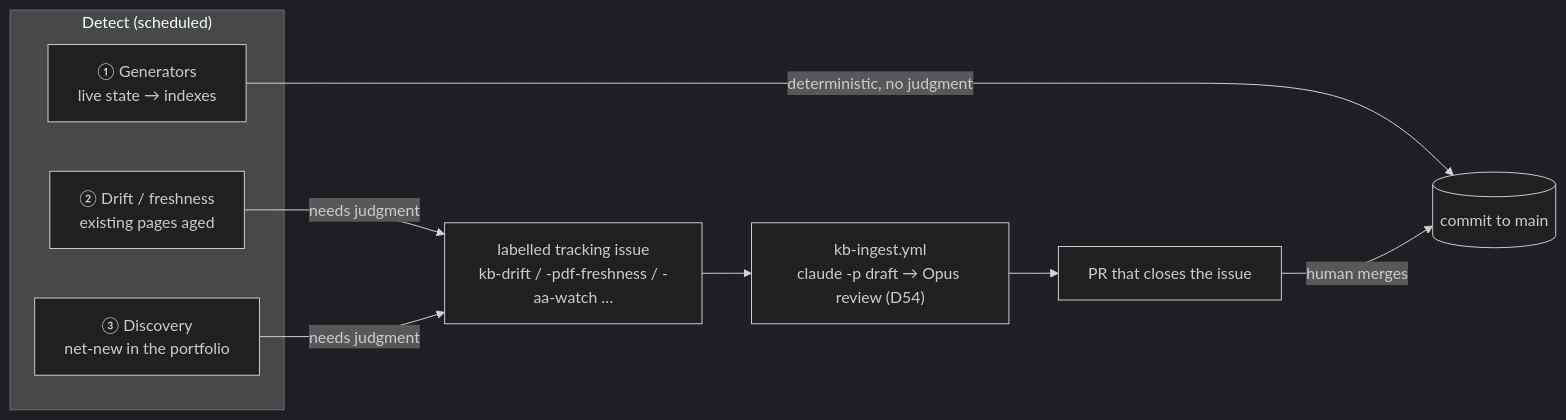
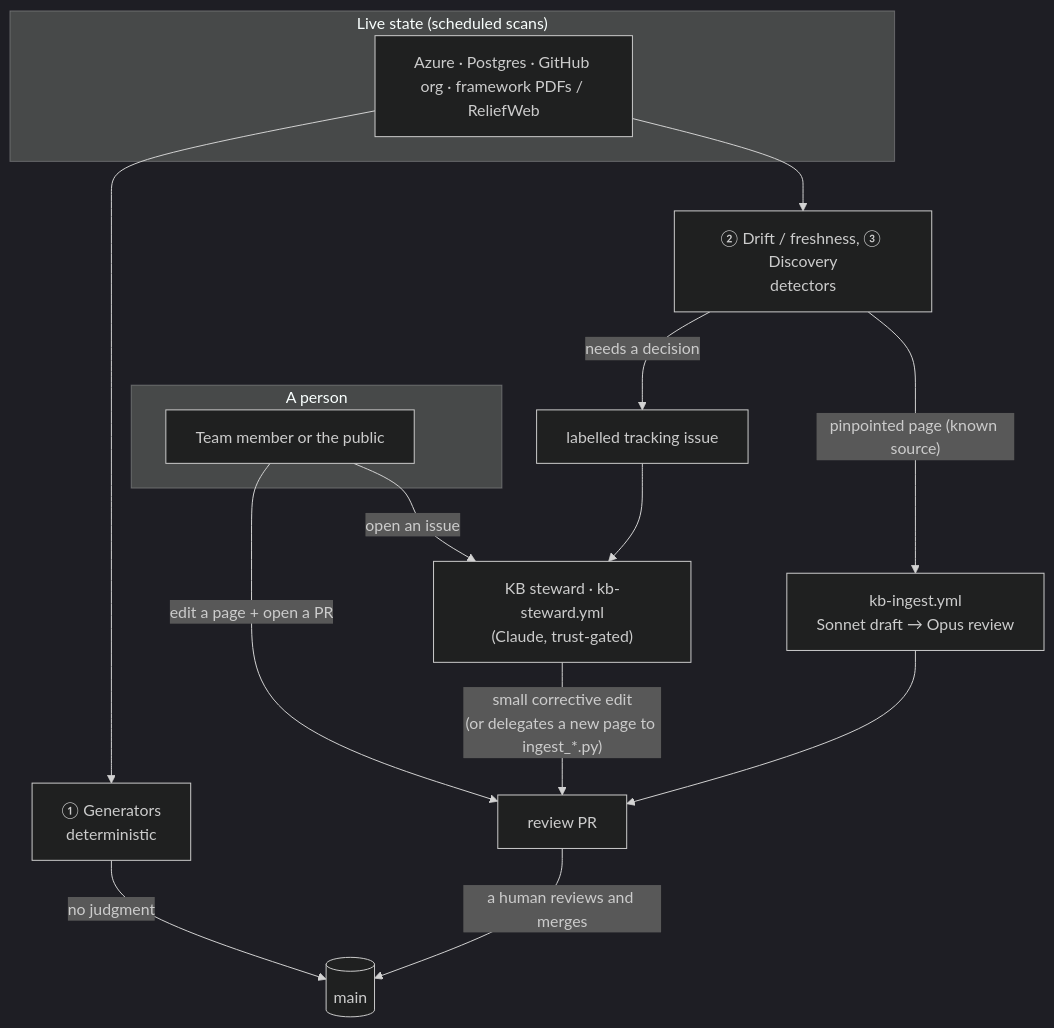
One commit to OCHA-DAP/ds-knowledge-base changed the diagram in infrastructure/automation.md. Above: the diagram before and after it, drawn with Mermaid (dark theme). The commit also changed other lines of this file and 3 other files, not shown here.

First line of the commit message:
kb-steward: cap it to small corrective edits; make automation.md the 'how the KB changes' page (D58)

````diff
--- a/infrastructure/automation.md
+++ b/infrastructure/automation.md
@@ -8,14 +14,23 @@
 ```mermaid
-flowchart LR
-  subgraph Detect["Detect (scheduled)"]
-    G["① Generators<br/>live state → indexes"]
-    D["② Drift / freshness<br/>existing pages aged"]
-    X["③ Discovery<br/>net-new in the portfolio"]
+flowchart TD
+  subgraph people["A person"]
+    H["Team member or the public"]
   end
-  G -->|deterministic, no judgment| Main[("commit to main")]
-  D -->|needs judgment| Issue["labelled tracking issue<br/>kb-drift / -pdf-freshness / -aa-watch …"]
-  X -->|needs judgment| Issue
-  Issue --> Ingest["kb-ingest.yml<br/>claude -p draft → Opus review (D54)"]
-  Ingest --> PR["PR that closes the issue"]
-  PR -->|human merges| Main
+  subgraph world["Live state (scheduled scans)"]
+    Src["Azure · Postgres · GitHub org · framework PDFs / ReliefWeb"]
+  end
+
+  H -->|"open an issue"| Steward["KB steward · kb-steward.yml<br/>(Claude, trust-gated)"]
+  H -->|"edit a page + open a PR"| PRv["review PR"]
+
+  Src --> Gen["① Generators<br/>deterministic"]
+  Src --> Det["② Drift / freshness, ③ Discovery<br/>detectors"]
+
+  Gen -->|"no judgment"| Main[("main")]
+  Det -->|"pinpointed page (known source)"| Ingest["kb-ingest.yml<br/>Sonnet draft → Opus review"]
+  Det -->|"needs a decision"| Issue["labelled tracking issue"]
+  Issue --> Steward
+  Steward -->|"small corrective edit<br/>(or delegates a new page to ingest_*.py)"| PRv
+  Ingest --> PRv
+  PRv -->|"a human reviews and merges"| Main
 ```
````
